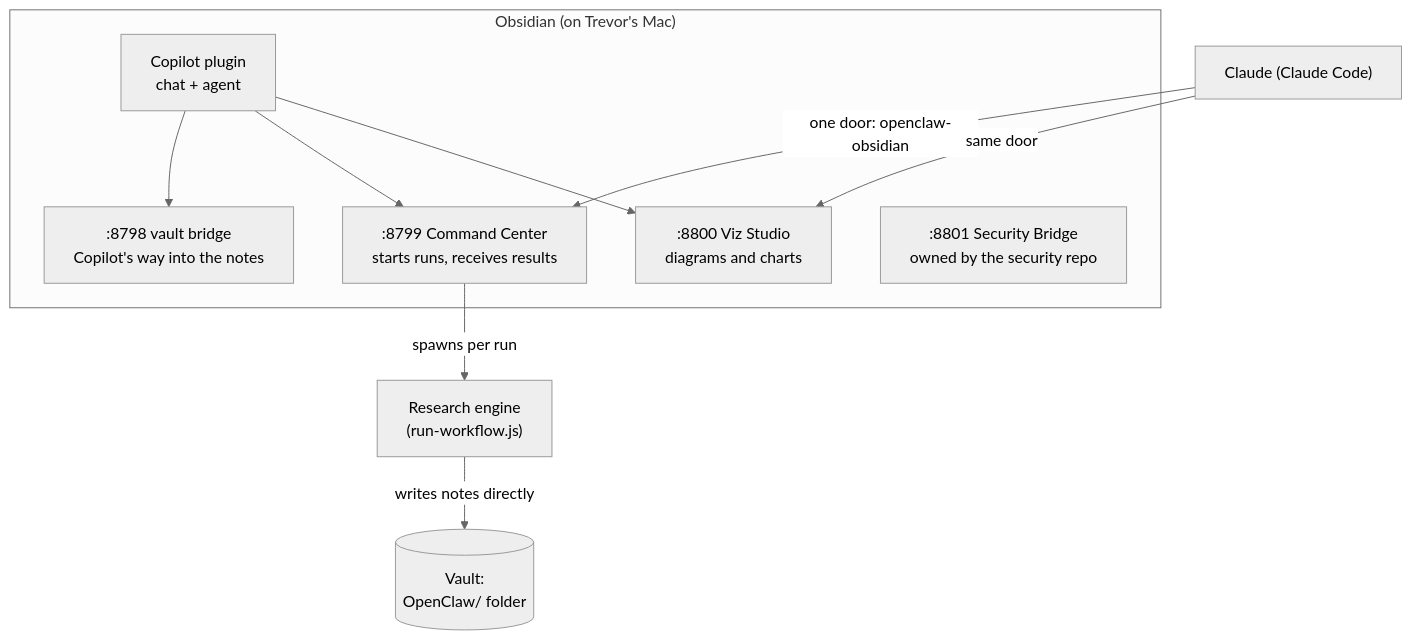
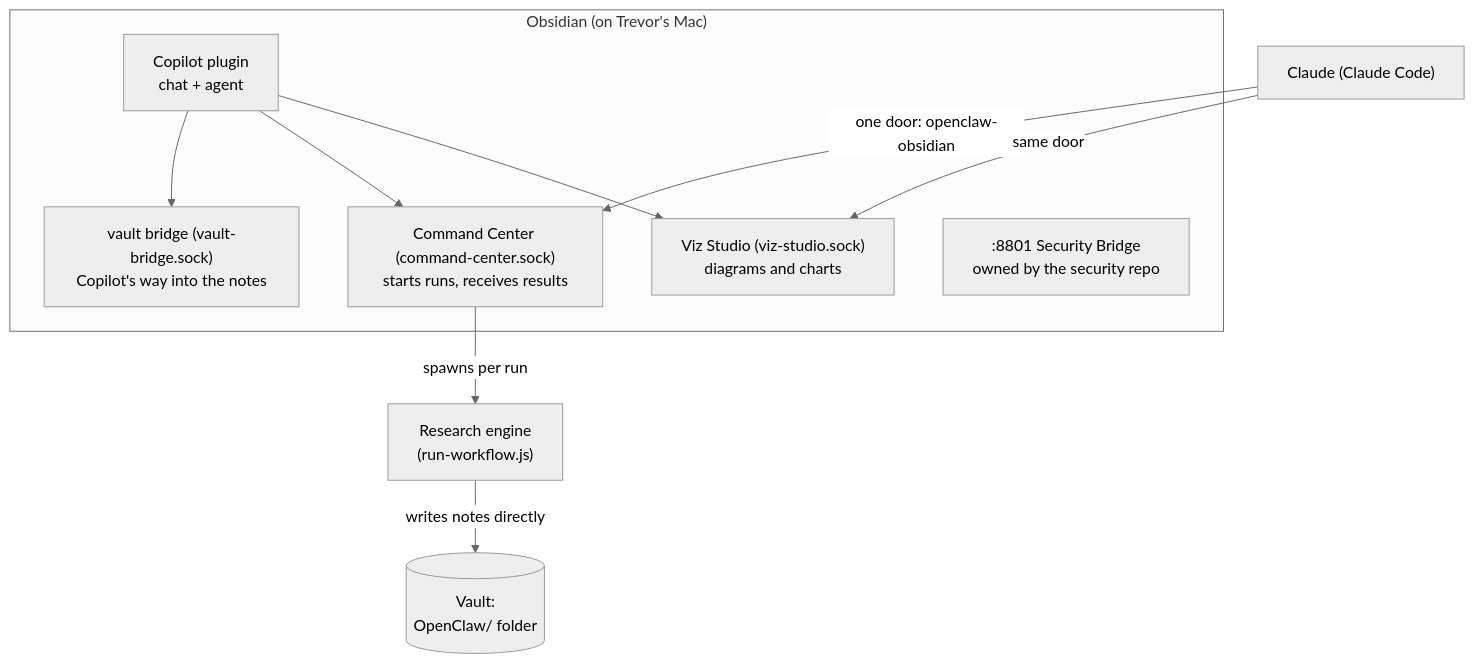
Before and after one commit to trevorrobeyinc/TRINC: the diagram in docs/learn-and-pitch/05-the-machine-room.md, drawn with Mermaid (neutral theme). The commit also changed other lines of this file and 10 other files, not shown here.

````diff
--- a/docs/learn-and-pitch/05-the-machine-room.md
+++ b/docs/learn-and-pitch/05-the-machine-room.md
@@ -21,17 +23,17 @@
 ```mermaid
 flowchart TB
   subgraph OB["Obsidian (on Trevor's Mac)"]
-    VB[":8798 vault bridge<br/>Copilot's way into the notes"]
-    CC[":8799 Command Center<br/>starts runs, receives results"]
-    VZ[":8800 Viz Studio<br/>diagrams and charts"]
+    VB["vault bridge (vault-bridge.sock)<br/>Copilot's way into the notes"]
+    CC["Command Center (command-center.sock)<br/>starts runs, receives results"]
+    VZ["Viz Studio (viz-studio.sock)<br/>diagrams and charts"]
     SB[":8801 Security Bridge<br/>owned by the security repo"]
     CP["Copilot plugin<br/>chat + agent"]
   end
   CL["Claude (Claude Code)"] -- "one door: openclaw-obsidian" --> CC
   CL -- "same door" --> VZ
   CC -- "spawns per run" --> EN["Research engine<br/>(run-workflow.js)"]
   EN -- "writes notes directly" --> VAULT[("Vault:<br/>OpenClaw/ folder")]
   CP --> VB
   CP --> CC
   CP --> VZ
 ```
````
